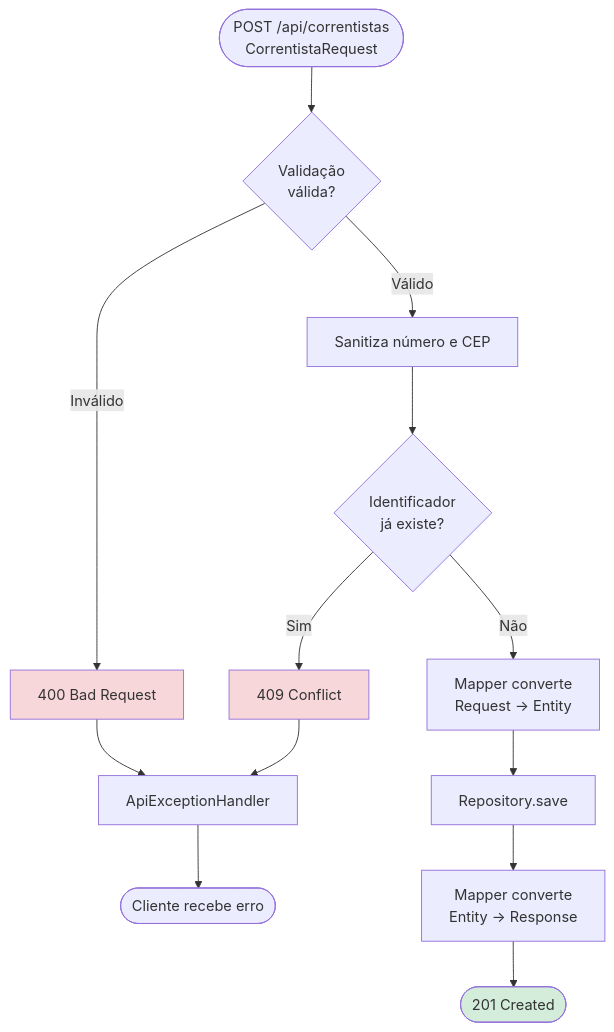
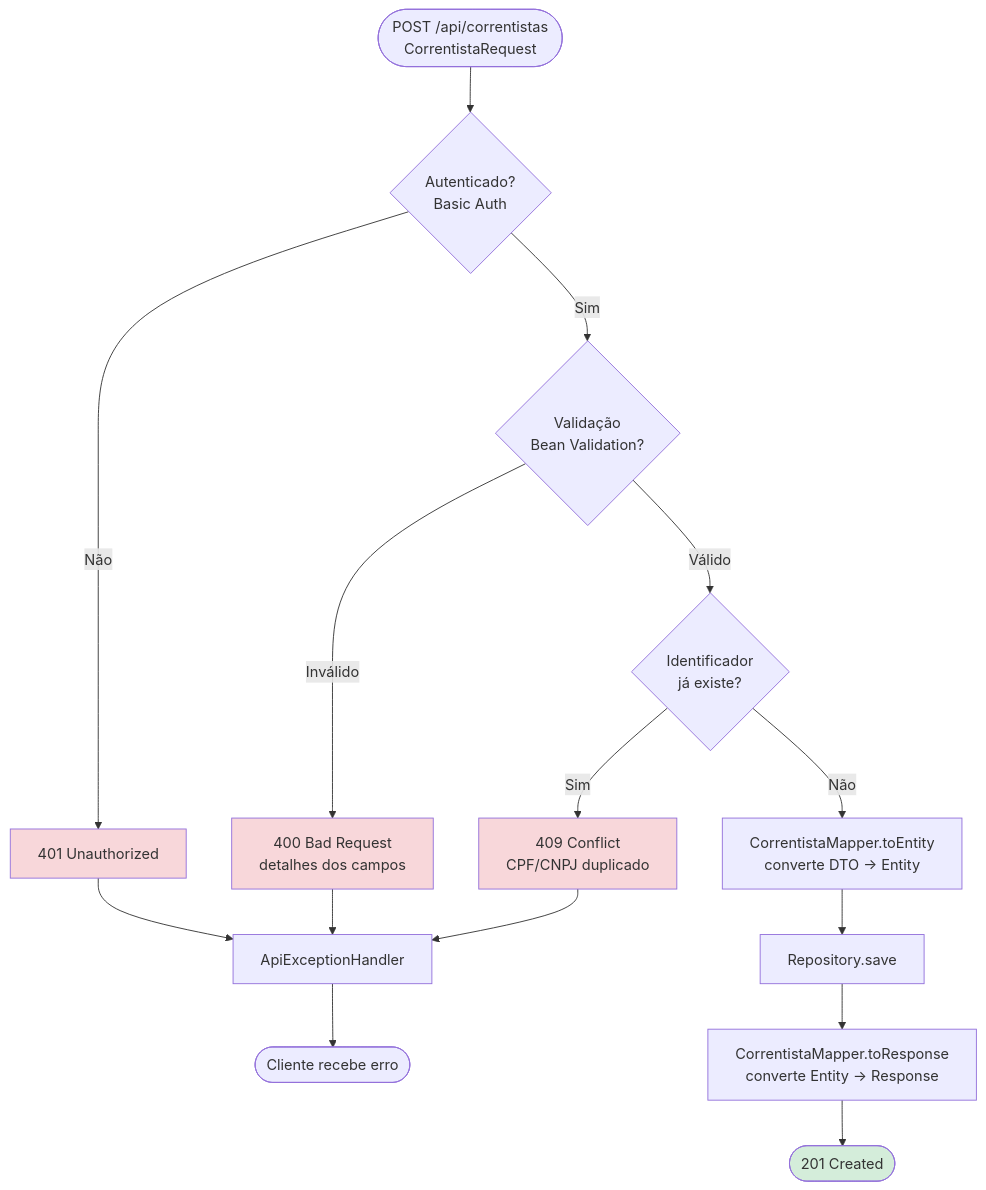
Before and after one commit to GeciaraBoava/teste-bv: the third of 13 diagrams in fluxograma.md, drawn with Mermaid. The commit also changed other lines of this file and 2 other files, not shown here.

````diff
--- a/fluxograma.md
+++ b/fluxograma.md
@@ -105,24 +115,26 @@
 ```mermaid
 flowchart TD
-    START([POST /api/correntistas<br/>CorrentistaRequest]) --> VALID{Validação<br/>válida?}
+    START([POST /api/correntistas<br/>CorrentistaRequest]) --> AUTH{Autenticado?<br/>Basic Auth}
+    AUTH -->|Não| ERR401[401 Unauthorized]
+    AUTH -->|Sim| VALID{Validação<br/>Bean Validation?}
 
-    VALID -->|Inválido| ERR400[400 Bad Request]
-    VALID -->|Válido| SAN[Sanitiza número e CEP]
+    VALID -->|Inválido| ERR400[400 Bad Request<br/>detalhes dos campos]
+    VALID -->|Válido| DUP{Identificador<br/>já existe?}
 
-    SAN --> DUP{Identificador<br/>já existe?}
-
-    DUP -->|Sim| ERR409[409 Conflict]
-    DUP -->|Não| MAP[Mapper converte<br/>Request → Entity]
+    DUP -->|Sim| ERR409[409 Conflict<br/>CPF/CNPJ duplicado]
+    DUP -->|Não| MAP[CorrentistaMapper.toEntity<br/>converte DTO → Entity]
 
     MAP --> SAVE[Repository.save]
-    SAVE --> RSP[Mapper converte<br/>Entity → Response]
+    SAVE --> RSP[CorrentistaMapper.toResponse<br/>converte Entity → Response]
     RSP --> OK([201 Created])
 
-    ERR400 --> HANDLER[ApiExceptionHandler]
+    ERR401 --> HANDLER[ApiExceptionHandler]
+    ERR400 --> HANDLER
     ERR409 --> HANDLER
     HANDLER --> CLIENT([Cliente recebe erro])
 
+    style ERR401 fill:#f8d7da
     style ERR400 fill:#f8d7da
     style ERR409 fill:#f8d7da
     style OK fill:#d4edda
 ```
````
